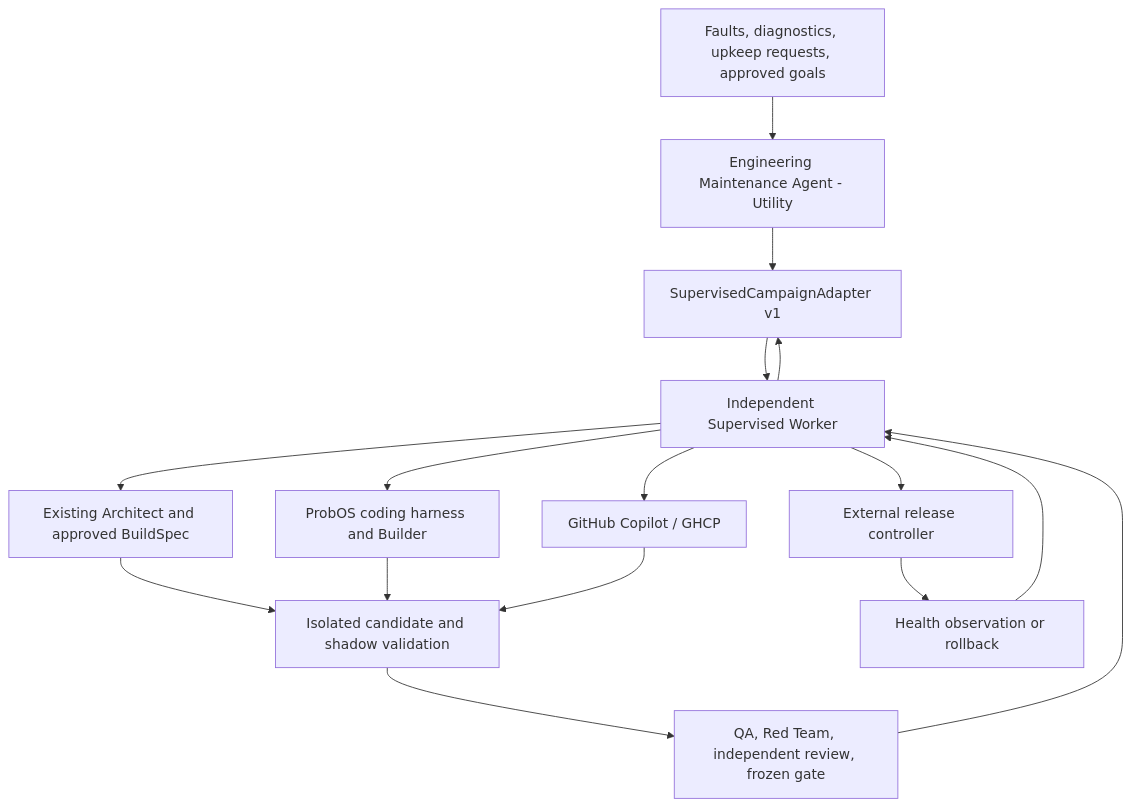
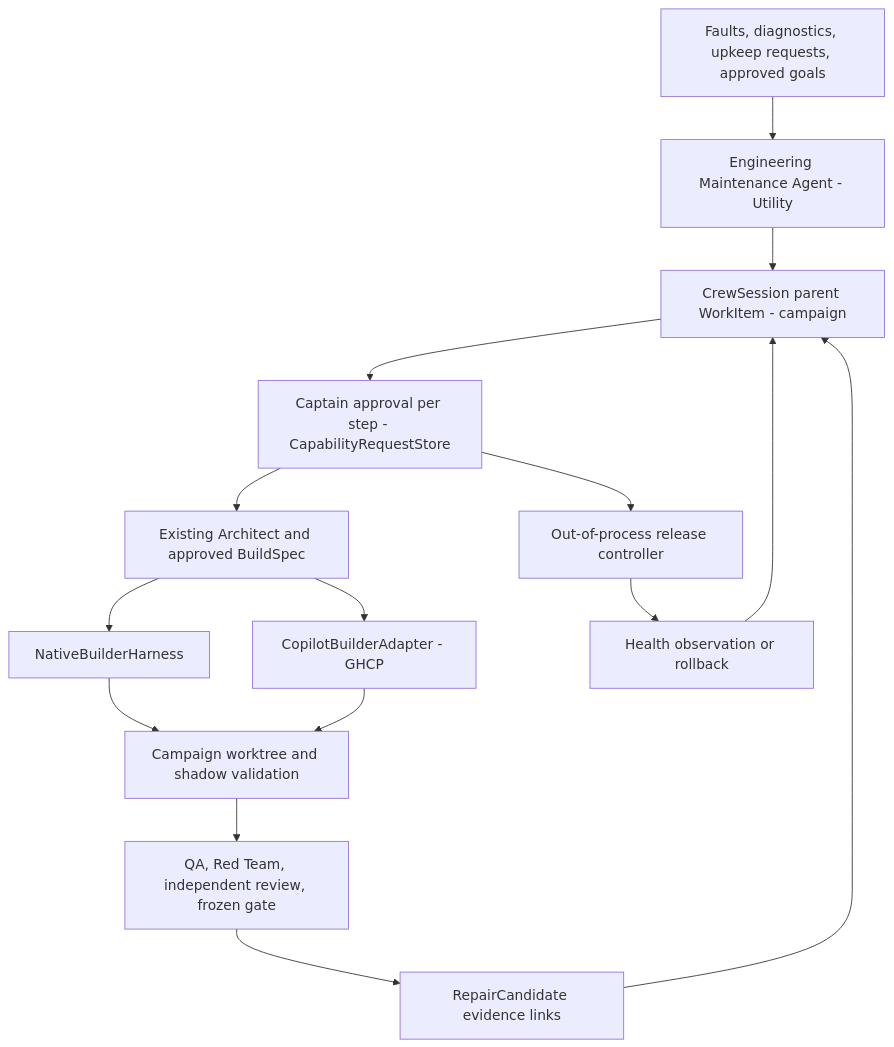
The diagram in docs/development/self-maintenance-architecture.md (seangalliher/ProbOS), drawn with Mermaid before and after one commit. The commit also changed other lines of this file and 7 other files, not shown here.

First line of the commit message:
feat(repair): bind a repair candidate to its gate receipt and reviews (AD-1299 S1a, #1352)

````diff
--- a/docs/development/self-maintenance-architecture.md
+++ b/docs/development/self-maintenance-architecture.md
@@ -66,25 +130,24 @@
 ```mermaid
 flowchart TD
     Signals[Faults, diagnostics, upkeep requests, approved goals]
     Agent[Engineering Maintenance Agent - Utility]
-    Adapter[SupervisedCampaignAdapter v1]
-    Worker[Independent Supervised Worker]
+    Session[CrewSession parent WorkItem - campaign]
+    Captain[Captain approval per step - CapabilityRequestStore]
     Architect[Existing Architect and approved BuildSpec]
-    Native[ProbOS coding harness and Builder]
-    GHCP[GitHub Copilot / GHCP]
-    Candidate[Isolated candidate and shadow validation]
+    Native[NativeBuilderHarness]
+    GHCP[CopilotBuilderAdapter - GHCP]
+    Candidate[Campaign worktree and shadow validation]
     Evidence[QA, Red Team, independent review, frozen gate]
-    Release[External release controller]
+    Link[RepairCandidate evidence links]
+    Release[Out-of-process release controller]
     Health[Health observation or rollback]
-    Signals --> Agent --> Adapter --> Worker
-    Worker --> Architect
-    Worker --> Native
-    Worker --> GHCP
-    Architect --> Candidate
+    Signals --> Agent --> Session
+    Session --> Captain
+    Captain --> Architect
+    Architect --> Native
+    Architect --> GHCP
     Native --> Candidate
     GHCP --> Candidate
-    Candidate --> Evidence --> Worker
-    Worker --> Release --> Health
-    Health --> Worker
-    Worker --> Adapter
+    Candidate --> Evidence --> Link --> Session
+    Captain --> Release --> Health --> Session
 ```
````
